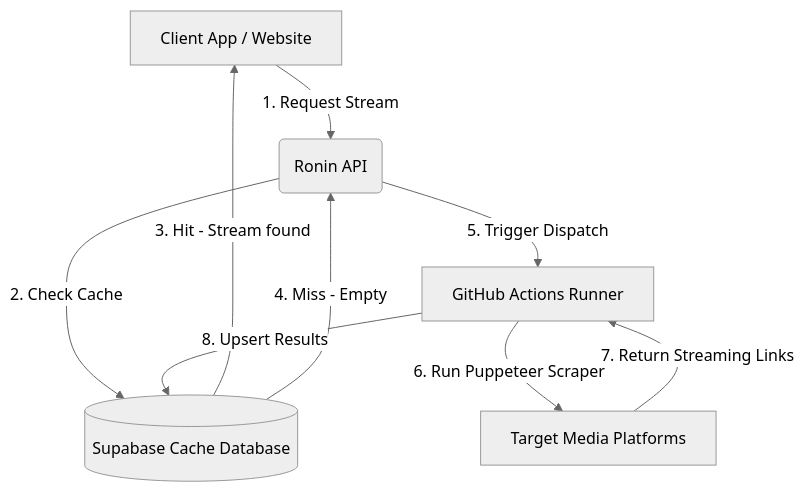
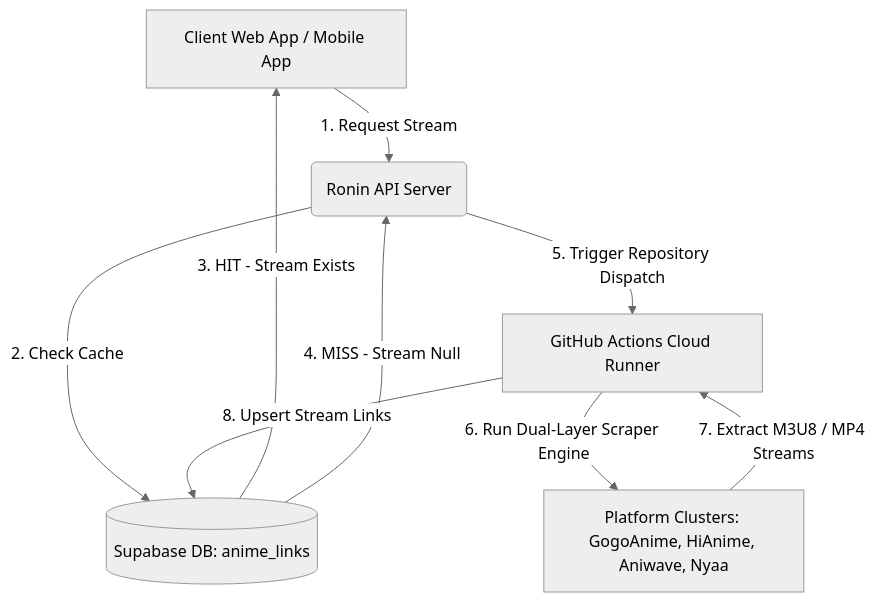
The diagram in README.md (Zcross091/Ronin-API), drawn with Mermaid (neutral theme) before and after one commit. The commit also changed other lines of this file, not shown here.

Commit message:
docs(readme): rewrite README.md with SEO optimization, Supabase SQL schema, and complete guides for Cloning & Forking

````diff
--- a/README.md
+++ b/README.md
@@ -75,11 +26,11 @@
 ```mermaid
 graph TD
-    A[Client App / Website] -->|1. Request Stream| B(Ronin API)
-    B -->|2. Check Cache| C[(Supabase Cache Database)]
-    C -->|3. Hit - Stream found| A
-    C -->|4. Miss - Empty| B
-    B -->|5. Trigger Dispatch| D[GitHub Actions Runner]
-    D -->|6. Run Puppeteer Scraper| E[Target Media Platforms]
-    E -->|7. Return Streaming Links| D
-    D -->|8. Upsert Results| C
+    A[Client Web App / Mobile App] -->|1. Request Stream| B(Ronin API Server)
+    B -->|2. Check Cache| C[(Supabase DB: anime_links)]
+    C -->|3. HIT - Stream Exists| A
+    C -->|4. MISS - Stream Null| B
+    B -->|5. Trigger Repository Dispatch| D[GitHub Actions Cloud Runner]
+    D -->|6. Run Dual-Layer Scraper Engine| E[Platform Clusters: GogoAnime, HiAnime, Aniwave, Nyaa]
+    E -->|7. Extract M3U8 / MP4 Streams| D
+    D -->|8. Upsert Stream Links| C
 ```
````
